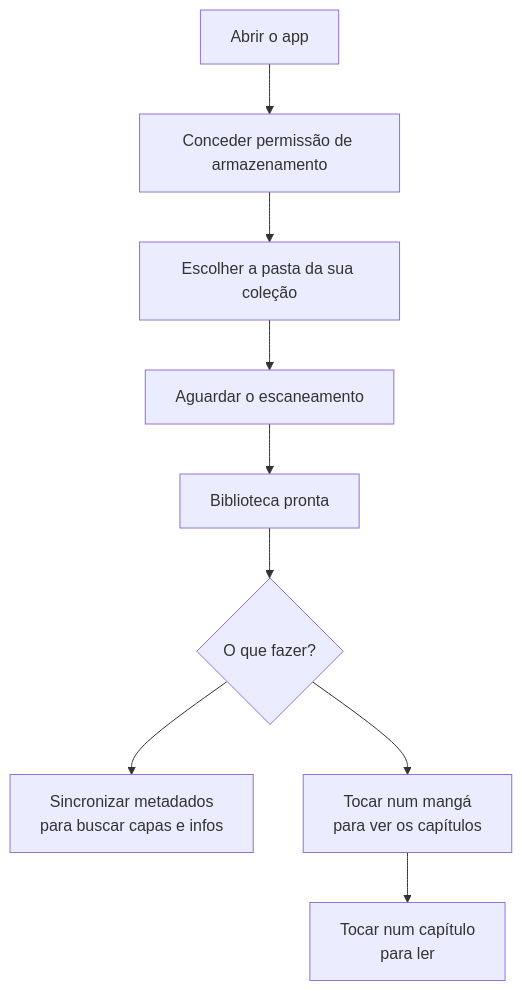
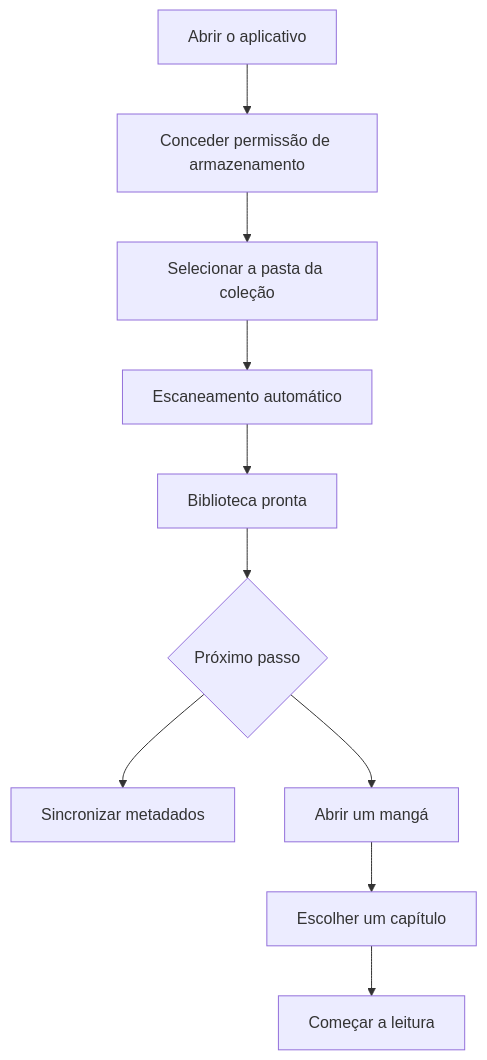
Before and after one commit to Vinicius-Gabriel-P-Leitao/acerola-reader: the second of 2 diagrams in android/README.md, drawn with Mermaid. The commit also changed other lines of this file and 10 other files, not shown here.

````diff
--- a/android/README.md
+++ b/android/README.md
@@ -71,11 +111,15 @@
 ```mermaid
 flowchart TD
-    A[Abrir o app] --> B[Conceder permissão de armazenamento]
-    B --> C[Escolher a pasta da sua coleção]
-    C --> D[Aguardar o escaneamento]
+    A[Abrir o aplicativo] --> B[Conceder permissão de armazenamento]
+    B --> C[Selecionar a pasta da coleção]
+    C --> D[Escaneamento automático]
     D --> E[Biblioteca pronta]
-    E --> F{O que fazer?}
-    F --> G[Sincronizar metadados\npara buscar capas e infos]
-    F --> H[Tocar num mangá\npara ver os capítulos]
-    H --> I[Tocar num capítulo\npara ler]
+
+    E --> F{Próximo passo}
+
+    F --> G[Sincronizar metadados]
+    F --> H[Abrir um mangá]
+
+    H --> I[Escolher um capítulo]
+    I --> J[Começar a leitura]
 ```
````
